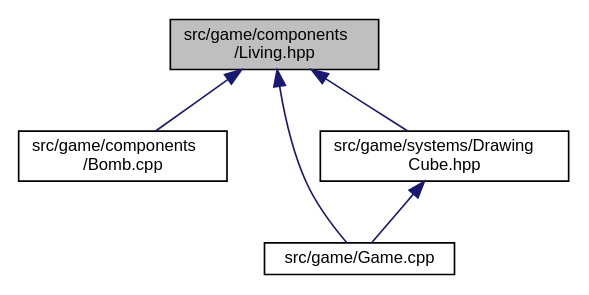
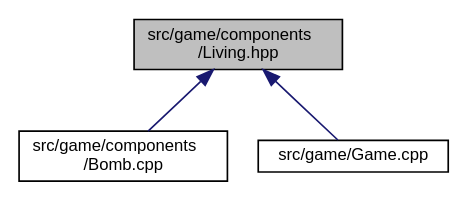
The diagram in _living_8hpp__dep__incl.dot (MisterPeModder/Bomberman-Global-Offensive), drawn with Graphviz before and after one commit. The commit also changed 263 other files, not shown here.

```diff
--- a/_living_8hpp__dep__incl.dot
+++ b/_living_8hpp__dep__incl.dot
@@ -1,14 +1,11 @@
 digraph "src/game/components/Living.hpp"
 {
  // LATEX_PDF_SIZE
   edge [fontname="Helvetica",fontsize="10",labelfontname="Helvetica",labelfontsize="10"];
   node [fontname="Helvetica",fontsize="10",shape=record];
   Node1 [label="src/game/components\l/Living.hpp",height=0.2,width=0.4,color="black", fillcolor="grey75", style="filled", fontcolor="black",tooltip=" "];
   Node1 -> Node2 [dir="back",color="midnightblue",fontsize="10",style="solid",fontname="Helvetica"];
   Node2 [label="src/game/components\l/Bomb.cpp",height=0.2,width=0.4,color="black", fillcolor="white", style="filled",URL="$components_2_bomb_8cpp.html",tooltip=" "];
   Node1 -> Node3 [dir="back",color="midnightblue",fontsize="10",style="solid",fontname="Helvetica"];
   Node3 [label="src/game/Game.cpp",height=0.2,width=0.4,color="black", fillcolor="white", style="filled",URL="$_game_8cpp.html",tooltip=" "];
-  Node1 -> Node4 [dir="back",color="midnightblue",fontsize="10",style="solid",fontname="Helvetica"];
-  Node4 [label="src/game/systems/Drawing\lCube.hpp",height=0.2,width=0.4,color="black", fillcolor="white", style="filled",URL="$_drawing_cube_8hpp.html",tooltip=" "];
-  Node4 -> Node3 [dir="back",color="midnightblue",fontsize="10",style="solid",fontname="Helvetica"];
 }
```
